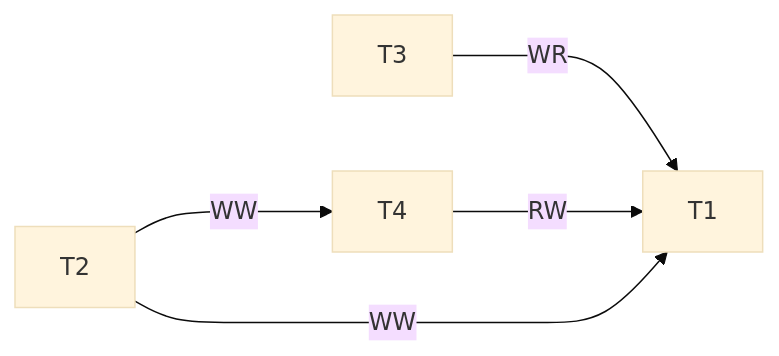
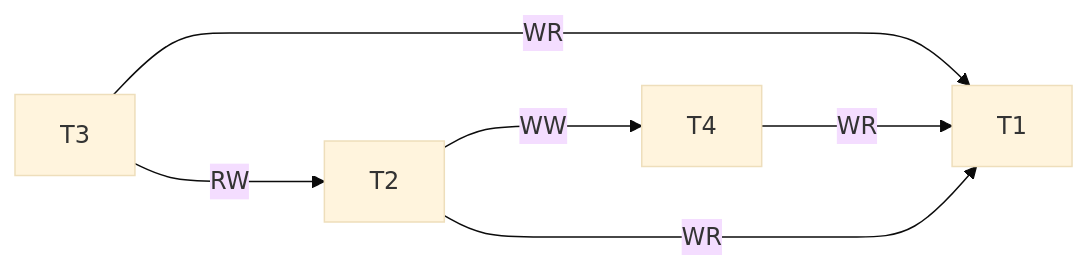
The second of 3 diagrams in 2. Letnik/Osnove podatkovnih baz/3. Domača Naloga.md (Tiggax/Zapiski), drawn with Mermaid (base theme) before and after one commit. The commit also changed other lines of this file, not shown here.

Commit message:
flyingarchie backup: 2022-01-09 16:35:15

````diff
--- a/2. Letnik/Osnove podatkovnih baz/3. Domača Naloga.md
+++ b/2. Letnik/Osnove podatkovnih baz/3. Domača Naloga.md
@@ -158,6 +158,7 @@
 ```mermaid
 graph LR
 T3-- WR --->T1
-T2-- WW --->T4-- RW --->T1
-T2-- WW --->T1
+T2-- WW --->T4-- WR --->T1
+T2-- WR --->T1
+T3-- RW --->T2
 ```
````
